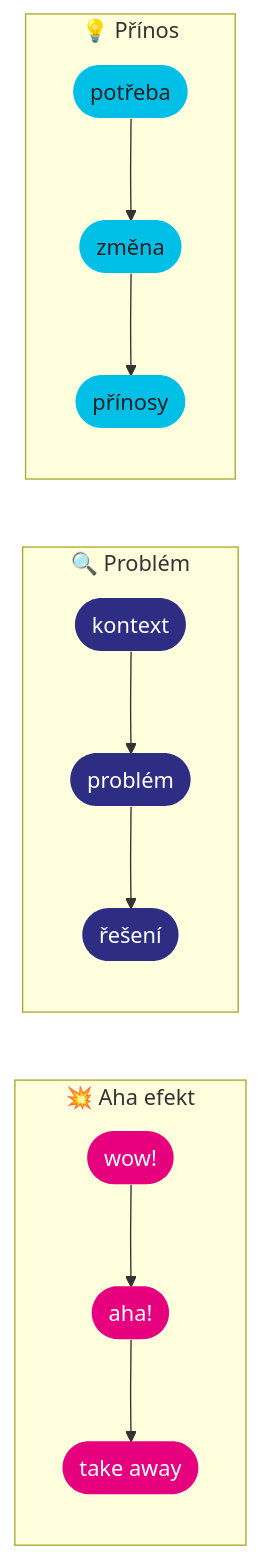
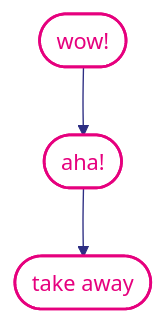
One commit to srameko/presentation-skills-cybersecurity changed the first of 3 diagrams in slides/05-struktura.md. Above: the diagram before and after it, drawn with Mermaid. The commit also changed other lines of this file, not shown here.

Commit message:
Align structure diagrams with Czechitas style

````diff
--- a/slides/05-struktura.md
+++ b/slides/05-struktura.md
@@ -10,24 +14,8 @@
 ```mermaid
-graph LR
-    subgraph s1["💥 Aha efekt"]
-      direction TB
-      A1([wow!]) --> B1([aha!]) --> C1([take away])
-    end
-    subgraph s2["🔍 Problém"]
-      direction TB
-      A2([kontext]) --> B2([problém]) --> C2([řešení])
-    end
-    subgraph s3["💡 Přínos"]
-      direction TB
-      A3([potřeba]) --> B3([změna]) --> C3([přínosy])
-    end
-    style A1 fill:#E6007E,stroke:none,color:#fff
-    style B1 fill:#E6007E,stroke:none,color:#fff
-    style C1 fill:#E6007E,stroke:none,color:#fff
-    style A2 fill:#2D2E83,stroke:none,color:#fff
-    style B2 fill:#2D2E83,stroke:none,color:#fff
-    style C2 fill:#2D2E83,stroke:none,color:#fff
-    style A3 fill:#00BFE7,stroke:none,color:#222
-    style B3 fill:#00BFE7,stroke:none,color:#222
-    style C3 fill:#00BFE7,stroke:none,color:#222
+%%{init: {'theme':'base','themeVariables': {'primaryColor':'#ffffff','primaryTextColor':'#2D2E83','primaryBorderColor':'#2D2E83','lineColor':'#2D2E83','secondaryColor':'#ffffff','tertiaryColor':'#ffffff','background':'#ffffff'}}}%%
+graph TD
+  A([wow!]) --> B([aha!]) --> C([take away])
+  style A fill:#ffffff,stroke:#E6007E,color:#E6007E,stroke-width:2px
+  style B fill:#ffffff,stroke:#E6007E,color:#E6007E,stroke-width:2px
+  style C fill:#ffffff,stroke:#E6007E,color:#E6007E,stroke-width:2px
 ```
````
